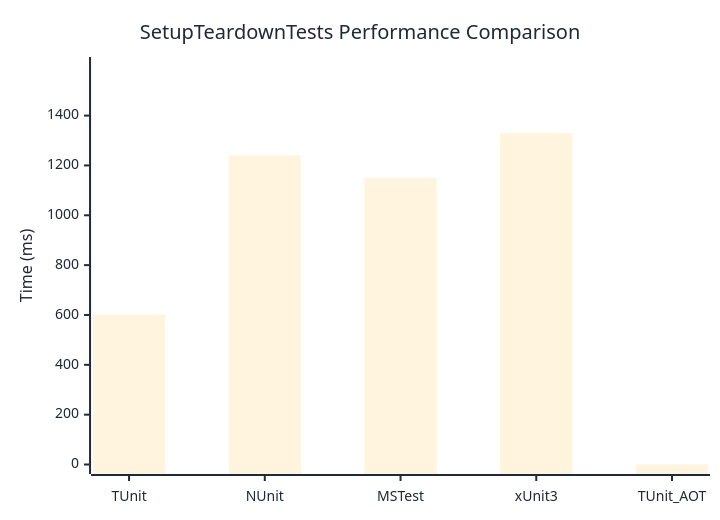
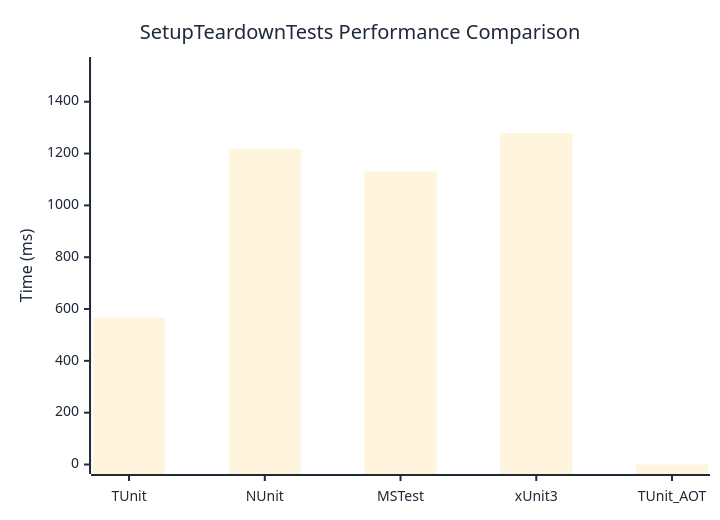
The diagram in docs/docs/benchmarks/SetupTeardownTests.md (thomhurst/TUnit), drawn with Mermaid before and after one commit. The commit also changed other lines of this file and 16 other files, not shown here.

````diff
--- a/docs/docs/benchmarks/SetupTeardownTests.md
+++ b/docs/docs/benchmarks/SetupTeardownTests.md
@@ -27,37 +27,37 @@
 ```mermaid
 %%{init: {
   'theme':'base',
   'themeVariables': {
     'primaryColor': '#2563eb',
     'primaryTextColor': '#1f2937',
     'primaryBorderColor': '#1e40af',
     'lineColor': '#6b7280',
     'secondaryColor': '#7c3aed',
     'tertiaryColor': '#dc2626',
     'background': '#ffffff',
     'mainBkg': '#2563eb',
     'secondBkg': '#7c3aed',
     'tertiaryBkg': '#dc2626',
     'clusterBkg': '#f3f4f6',
     'edgeLabelBackground': '#ffffff',
     'tertiaryTextColor': '#1f2937',
     'pie1': '#2563eb',
     'pie2': '#7c3aed',
     'pie3': '#dc2626',
     'pie4': '#f59e0b',
     'pie5': '#10b981',
     'pie6': '#06b6d4',
     'pie7': '#ec4899',
     'pie8': '#6366f1',
     'pie9': '#84cc16',
     'pie10': '#f97316',
     'pie11': '#14b8a6',
     'pie12': '#a855f7'
   }
 }}%%
 xychart-beta
   title "SetupTeardownTests Performance Comparison"
   x-axis ["TUnit", "NUnit", "MSTest", "xUnit3", "TUnit_AOT"]
-  y-axis "Time (ms)" 0 --> 1597
-  bar [601.3, 1240.2, 1149.8, 1330.4, 0]
+  y-axis "Time (ms)" 0 --> 1536
+  bar [567.2, 1218.3, 1131.5, 1279.6, 0]
 ```
````
